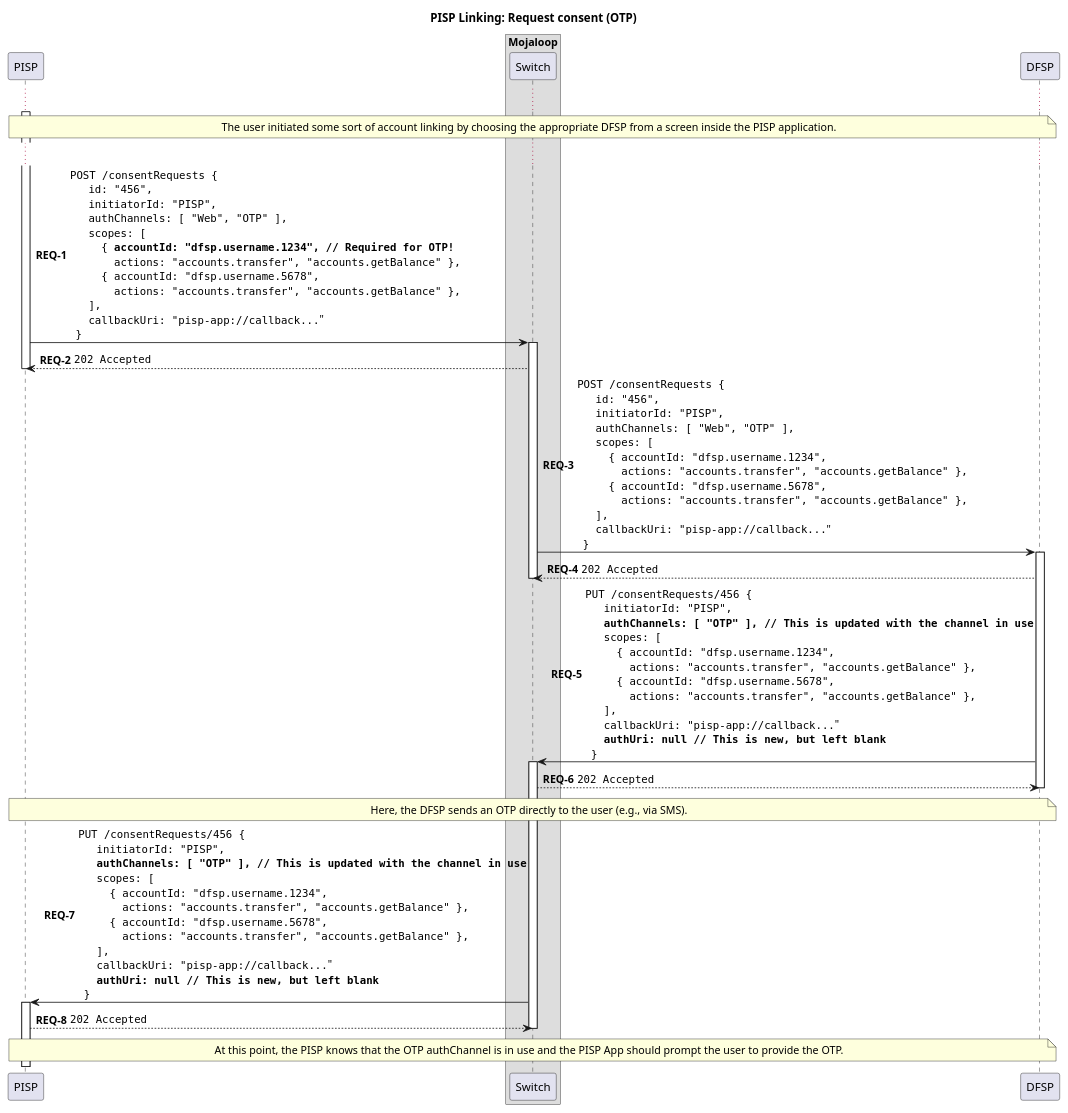
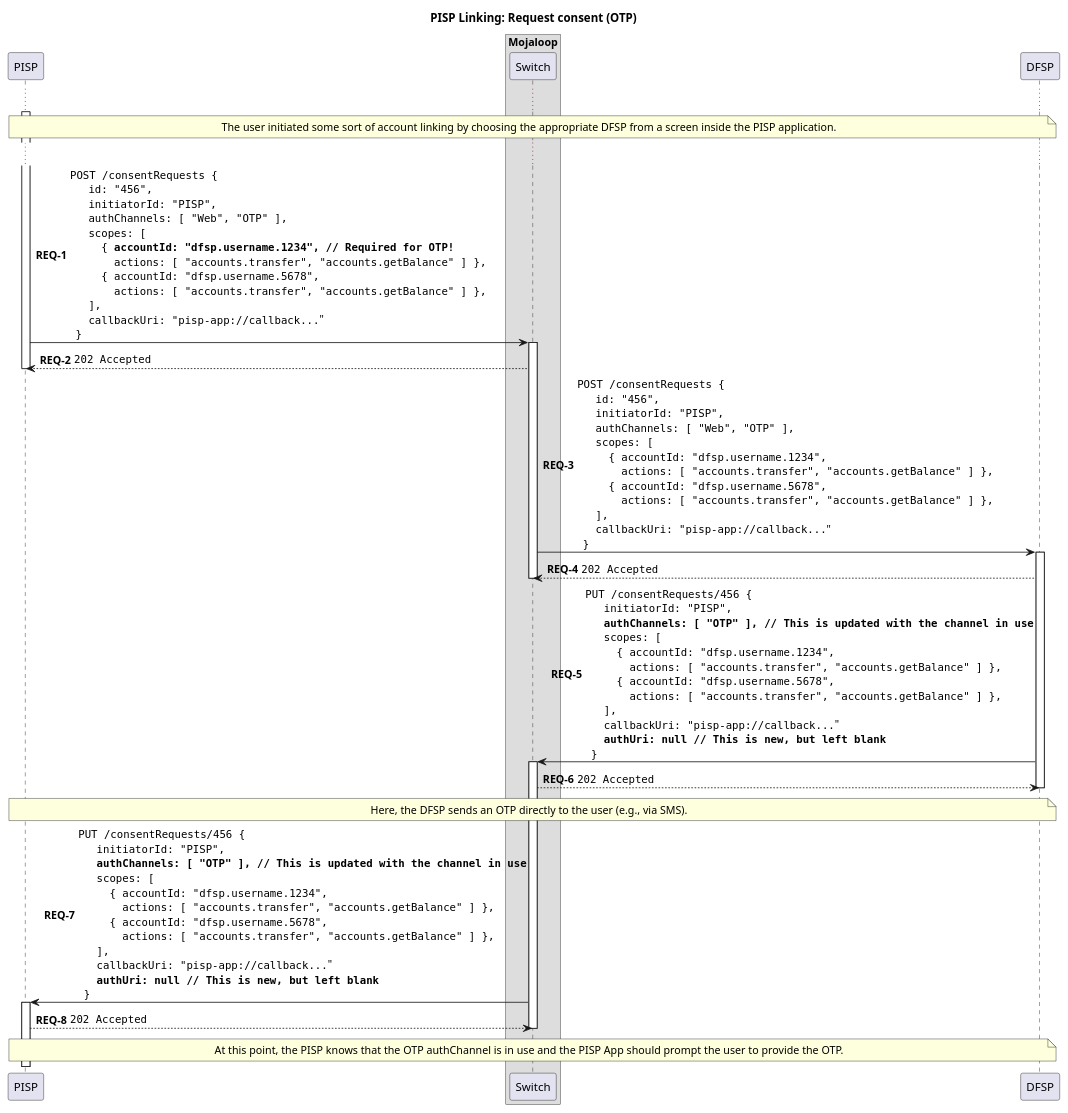
Before and after one commit to mojaloop/pisp-project: the diagram in docs/linking/2-request-consent-otp.puml, drawn with PlantUML. The commit also changed 6 other files, not shown here.

```diff
--- a/docs/linking/2-request-consent-otp.puml
+++ b/docs/linking/2-request-consent-otp.puml
@@ -1,94 +1,94 @@
 @startuml
 
 title PISP Linking: Request consent (OTP)
 
 participant "PISP" as PISP
 
 box "Mojaloop"
     participant Switch
 end box
 
 participant DFSP
 
 autonumber 1 "<b>REQ-#</b>"
 
 activate PISP
 
 ...
 
 note over PISP, DFSP
     The user initiated some sort of account linking by choosing the appropriate DFSP from a screen inside the PISP application.
 end note
 
 ...
 
 PISP -> Switch ++: ""POST /consentRequests {""\n\
   ""  id: "456",""\n\
   ""  initiatorId: "PISP",""\n\
   ""  authChannels: [ "Web", "OTP" ],""\n\
   ""  scopes: [ ""\n\
   ""    { **accountId: "dfsp.username.1234", // Required for OTP!**""\n\
-  ""      actions: "accounts.transfer", "accounts.getBalance" },""\n\
+  ""      actions: [ "accounts.transfer", "accounts.getBalance" ] },""\n\
   ""    { accountId: "dfsp.username.5678",""\n\
-  ""      actions: "accounts.transfer", "accounts.getBalance" },""\n\
+  ""      actions: [ "accounts.transfer", "accounts.getBalance" ] },""\n\
   ""  ],""\n\
   ""  callbackUri: "pisp-app://callback..."""\n\
   ""}""
 Switch --> PISP: ""202 Accepted""
 deactivate PISP
 
 Switch -> DFSP ++:  ""POST /consentRequests {""\n\
   ""  id: "456",""\n\
   ""  initiatorId: "PISP",""\n\
   ""  authChannels: [ "Web", "OTP" ],""\n\
   ""  scopes: [ ""\n\
   ""    { accountId: "dfsp.username.1234",""\n\
-  ""      actions: "accounts.transfer", "accounts.getBalance" },""\n\
+  ""      actions: [ "accounts.transfer", "accounts.getBalance" ] },""\n\
   ""    { accountId: "dfsp.username.5678",""\n\
-  ""      actions: "accounts.transfer", "accounts.getBalance" },""\n\
+  ""      actions: [ "accounts.transfer", "accounts.getBalance" ] },""\n\
   ""  ],""\n\
   ""  callbackUri: "pisp-app://callback..."""\n\
   ""}""
 DFSP --> Switch: ""202 Accepted""
 deactivate Switch
 
 DFSP -> Switch ++: ""PUT /consentRequests/456 {""\n\
   ""  initiatorId: "PISP",""\n\
   ""  **authChannels: [ "OTP" ], // This is updated with the channel in use**""\n\
   ""  scopes: [ ""\n\
   ""    { accountId: "dfsp.username.1234",""\n\
-  ""      actions: "accounts.transfer", "accounts.getBalance" },""\n\
+  ""      actions: [ "accounts.transfer", "accounts.getBalance" ] },""\n\
   ""    { accountId: "dfsp.username.5678",""\n\
-  ""      actions: "accounts.transfer", "accounts.getBalance" },""\n\
+  ""      actions: [ "accounts.transfer", "accounts.getBalance" ] },""\n\
   ""  ],""\n\
   ""  callbackUri: "pisp-app://callback..."""\n\
   ""  **authUri: null // This is new, but left blank**""\n\
   ""}""
 Switch --> DFSP: ""202 Accepted""
 
 note over PISP, DFSP
   Here, the DFSP sends an OTP directly to the user (e.g., via SMS).
 end note
 
 deactivate DFSP
 
 Switch -> PISP ++: ""PUT /consentRequests/456 {""\n\
   ""  initiatorId: "PISP",""\n\
   ""  **authChannels: [ "OTP" ], // This is updated with the channel in use**""\n\
   ""  scopes: [ ""\n\
   ""    { accountId: "dfsp.username.1234",""\n\
-  ""      actions: "accounts.transfer", "accounts.getBalance" },""\n\
+  ""      actions: [ "accounts.transfer", "accounts.getBalance" ] },""\n\
   ""    { accountId: "dfsp.username.5678",""\n\
-  ""      actions: "accounts.transfer", "accounts.getBalance" },""\n\
+  ""      actions: [ "accounts.transfer", "accounts.getBalance" ] },""\n\
   ""  ],""\n\
   ""  callbackUri: "pisp-app://callback..."""\n\
   ""  **authUri: null // This is new, but left blank**""\n\
   ""}""
 PISP --> Switch: ""202 Accepted""
 deactivate Switch
 
 note over PISP, DFSP
   At this point, the PISP knows that the OTP authChannel is in use and the PISP App should prompt the user to provide the OTP.
 end note
 
 @enduml
```
